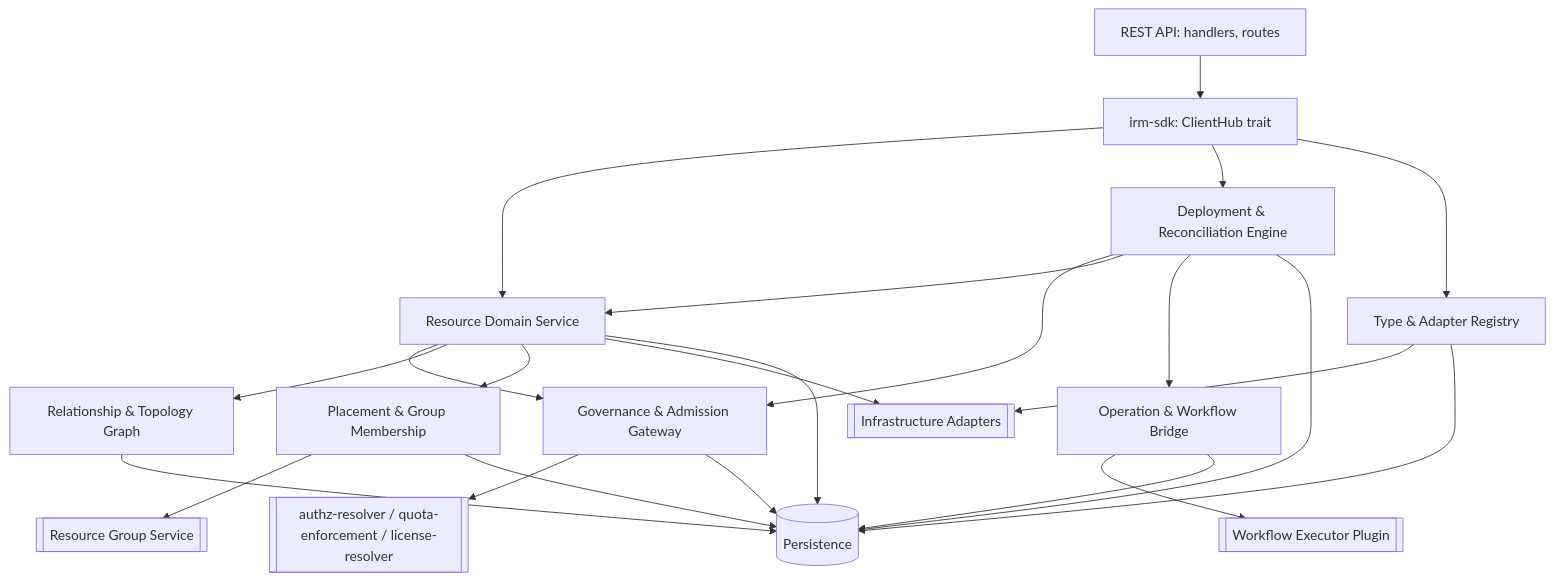
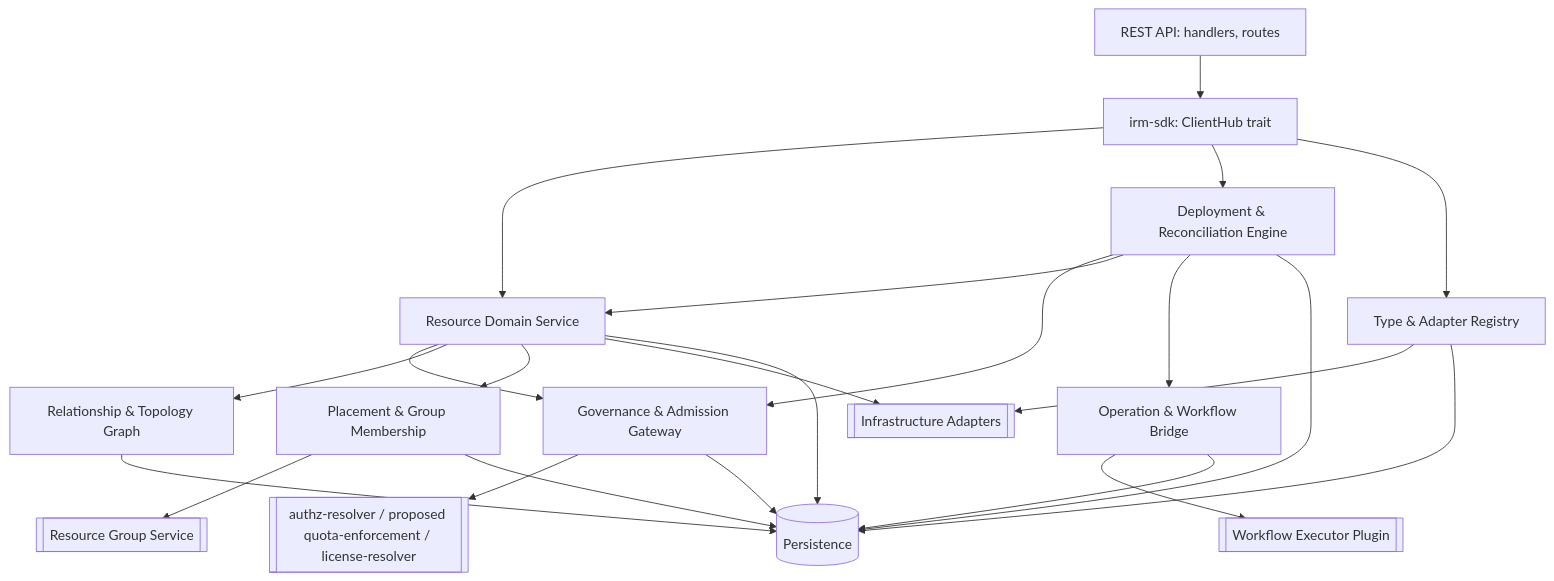
The first of 6 diagrams in gears/infrastructure-resource-manager/docs/DESIGN.md (Andrei-Iliushin-Constructor/gears-rust), drawn with Mermaid before and after one commit. The commit also changed other lines of this file and 1 other file, not shown here.

First line of the commit message:
docs(irm): address quota review findings

````diff
--- a/gears/infrastructure-resource-manager/docs/DESIGN.md
+++ b/gears/infrastructure-resource-manager/docs/DESIGN.md
@@ -282,40 +282,40 @@
 ```mermaid
 graph TD
     SDK[irm-sdk: ClientHub trait]
     REST[REST API: handlers, routes]
     TAR[Type & Adapter Registry]
     RDS[Resource Domain Service]
     DRE[Deployment & Reconciliation Engine]
     OWB[Operation & Workflow Bridge]
     PGM[Placement & Group Membership]
     RTG[Relationship & Topology Graph]
     GAG[Governance & Admission Gateway]
     STORE[(Persistence)]
     ADAPTERS[[Infrastructure Adapters]]
     WFX[[Workflow Executor Plugin]]
     RGSVC[[Resource Group Service]]
-    AUTHZ[[authz-resolver / quota-enforcement / license-resolver]]
+    AUTHZ[[authz-resolver / proposed quota-enforcement / license-resolver]]
 
     REST --> SDK
     SDK --> RDS
     SDK --> DRE
     SDK --> TAR
     RDS --> GAG
     DRE --> GAG
     DRE --> RDS
     DRE --> OWB
     RDS --> RTG
     RDS --> PGM
     OWB --> WFX
     TAR --> ADAPTERS
     RDS --> ADAPTERS
     PGM --> RGSVC
     GAG --> AUTHZ
     RDS --> STORE
     DRE --> STORE
     TAR --> STORE
     OWB --> STORE
     PGM --> STORE
     RTG --> STORE
     GAG --> STORE
 ```
````
